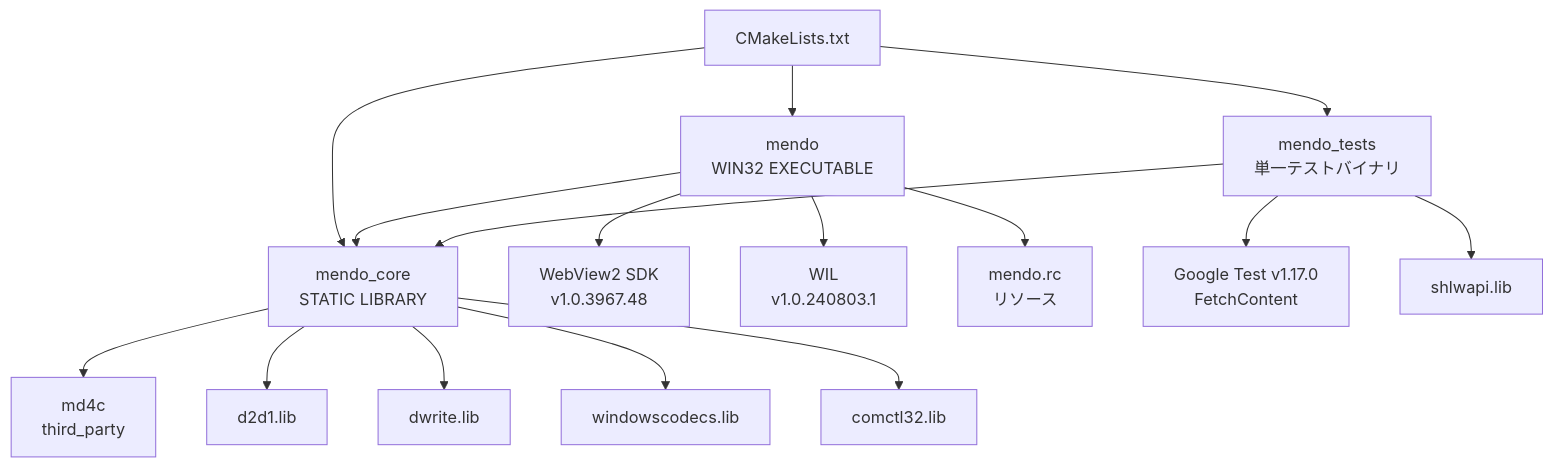
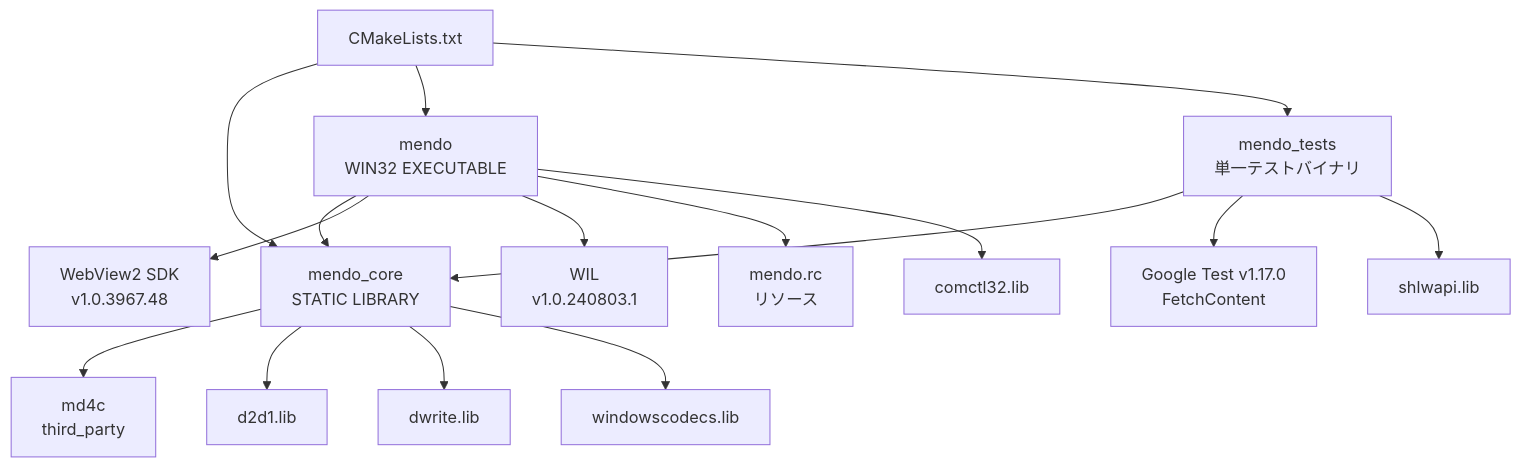
Diagram 20 of 27 in example/test.md (tanaton/mendo), drawn with Mermaid before and after one commit. The commit also changed other lines of this file and 149 other files, not shown here.

````diff
--- a/example/test.md
+++ b/example/test.md
@@ -2877,20 +2940,20 @@
 ```mermaid
 graph TD
     ROOT[CMakeLists.txt] --> CORE[mendo_core<br>STATIC LIBRARY]
     ROOT --> EXE[mendo<br>WIN32 EXECUTABLE]
     ROOT --> TEST[mendo_tests<br>単一テストバイナリ]
 
     CORE --> MD4C[md4c<br>third_party]
     EXE --> CORE
     EXE --> WV2[WebView2 SDK<br>v1.0.3967.48]
     EXE --> WIL[WIL<br>v1.0.240803.1]
     EXE --> RC[mendo.rc<br>リソース]
     TEST --> CORE
     TEST --> GTEST[Google Test v1.17.0<br>FetchContent]
     TEST --> SHLWAPI[shlwapi.lib]
 
     CORE --> D2D1[d2d1.lib]
     CORE --> DWRITE[dwrite.lib]
     CORE --> WIC_LIB[windowscodecs.lib]
-    CORE --> COMCTL[comctl32.lib]
+    EXE --> COMCTL[comctl32.lib]
 ```
````
